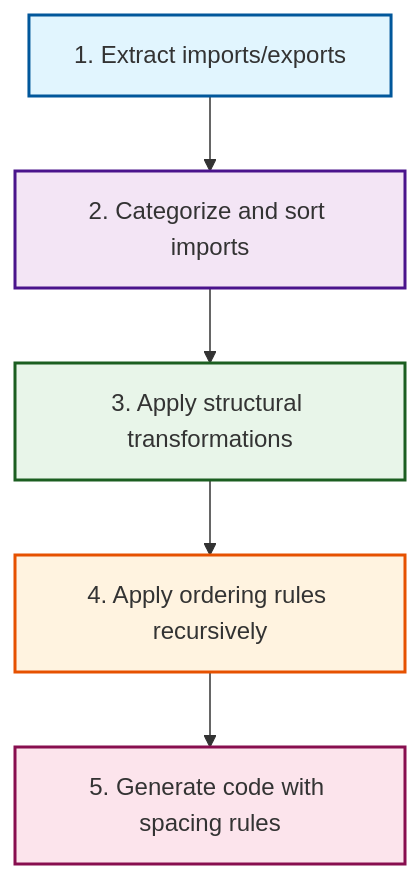
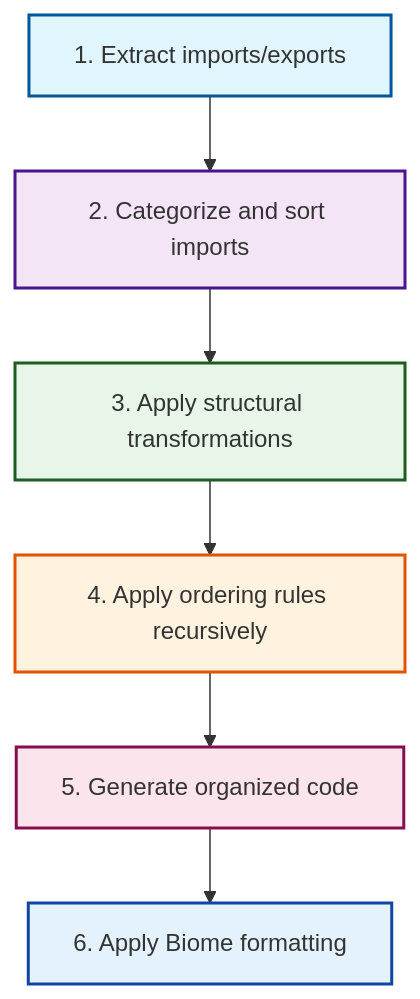
Before and after one commit to skeswa/krokfmt: the ninth of 19 diagrams in docs/design.md, drawn with Mermaid. The commit also changed other lines of this file and 14 other files, not shown here.

````diff
--- a/docs/design.md
+++ b/docs/design.md
@@ -356,19 +379,22 @@
 ```mermaid
 flowchart TD
     S1[1. Extract imports/exports]
     S2[2. Categorize and sort imports]
     S3[3. Apply structural transformations]
     S4[4. Apply ordering rules recursively]
-    S5[5. Generate code with spacing rules]
+    S5[5. Generate organized code]
+    S6[6. Apply Biome formatting]
     
     S1 --> S2
     S2 --> S3
     S3 --> S4
     S4 --> S5
+    S5 --> S6
     
     style S1 fill:#e1f5fe,stroke:#01579b,stroke-width:2px
     style S2 fill:#f3e5f5,stroke:#4a148c,stroke-width:2px
     style S3 fill:#e8f5e9,stroke:#1b5e20,stroke-width:2px
     style S4 fill:#fff3e0,stroke:#e65100,stroke-width:2px
     style S5 fill:#fce4ec,stroke:#880e4f,stroke-width:2px
+    style S6 fill:#e3f2fd,stroke:#0d47a1,stroke-width:2px
 ```
````
